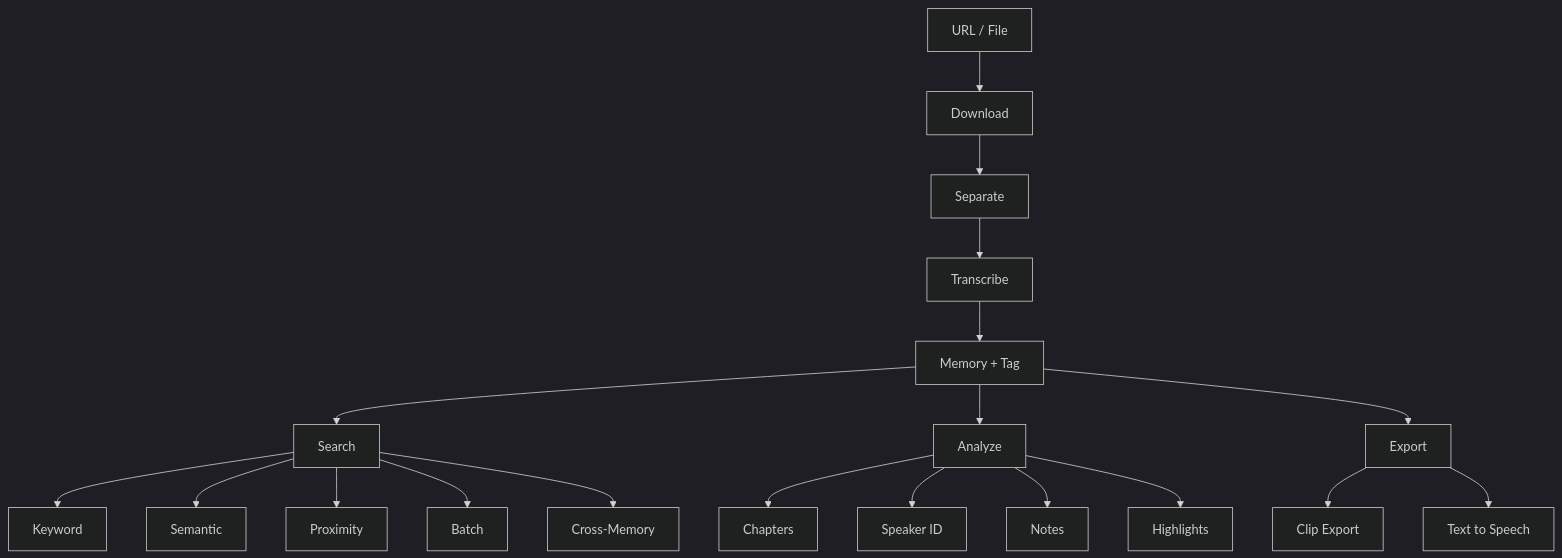
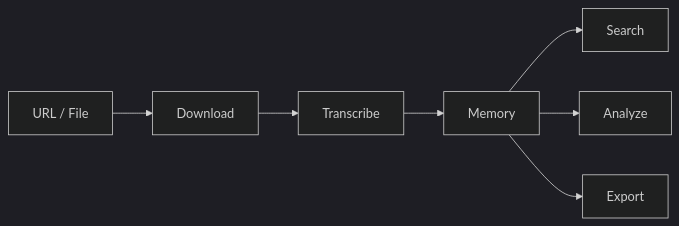
One commit to AugentDevs/Augent changed the diagram in README.md. Above: the diagram before and after it, drawn with Mermaid.

Commit message:
clean up README diagram, update docs site diagram with highlights and tag

````diff
--- a/README.md
+++ b/README.md
@@ -95,13 +95,8 @@
 ```mermaid
 %%{init: {'theme': 'dark'}}%%
-flowchart TD
-    A["URL / File"] --> B["Download"] --> S["Separate"] --> C["Transcribe"] --> D["Memory + Tag"]
-
+flowchart LR
+    A["URL / File"] --> B["Download"] --> C["Transcribe"] --> D["Memory"]
     D --> E["Search"]
     D --> F["Analyze"]
     D --> G["Export"]
-
-    E --> E1["Keyword"] & E2["Semantic"] & E3["Proximity"] & E4["Batch"] & E5["Cross-Memory"]
-    F --> F1["Chapters"] & F2["Speaker ID"] & F3["Notes"] & F4["Highlights"]
-    G --> G1["Clip Export"] & G2["Text to Speech"]
 ```
````
